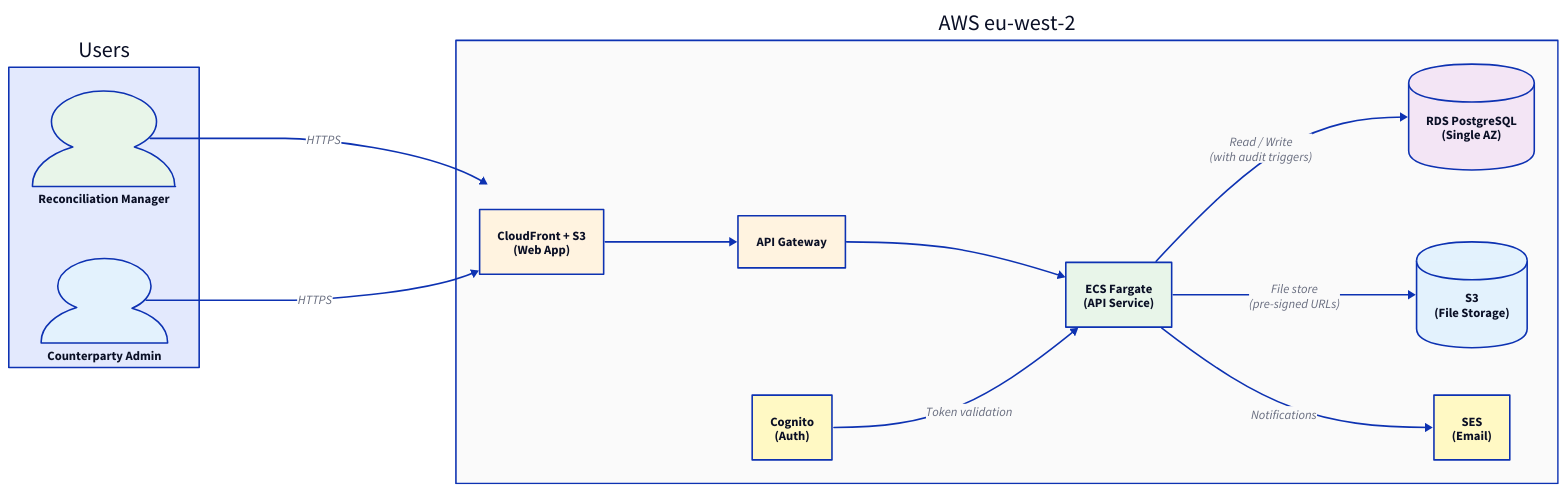
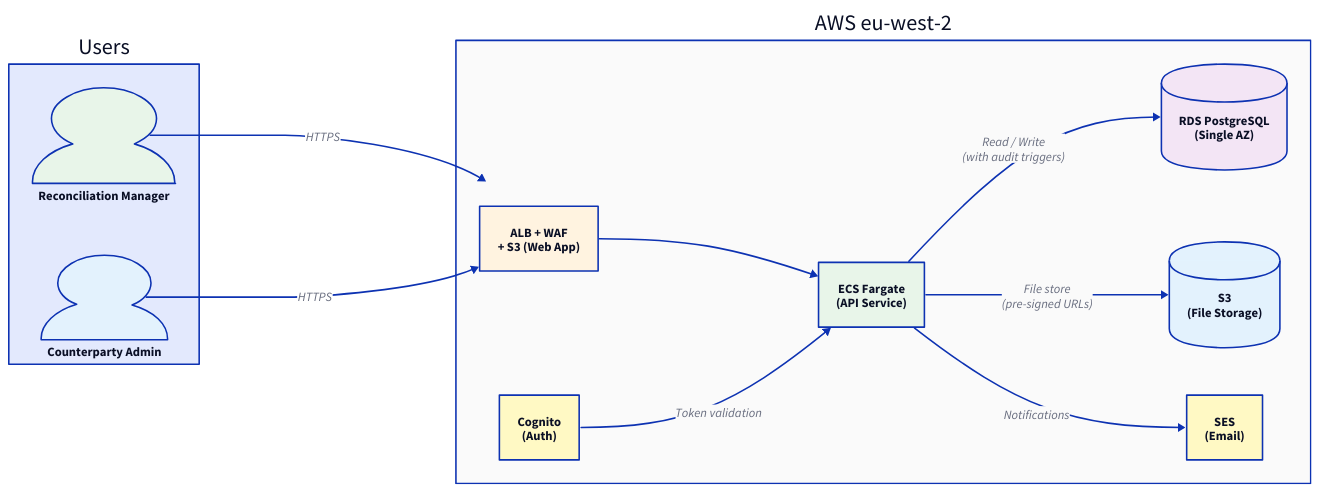
One commit to mosurekImagination/solution-architecture-case-studies changed the second of 8 diagrams in 03/docs/solution-design.adoc. Above: the diagram before and after it, drawn with D2. The commit also changed other lines of this file and 16 other files, not shown here.

```diff
--- a/03/docs/solution-design.adoc
+++ b/03/docs/solution-design.adoc
@@ -381,52 +381,48 @@
 [d2,case03-option1-arch,format=svg]
 ....
 direction: right
 
 users: Users {
   reinsurer: Reconciliation Manager {
     shape: person
     style.fill: "#E8F5E9"
   }
   counterparty: Counterparty Admin {
     shape: person
     style.fill: "#E3F2FD"
   }
 }
 
 aws: AWS eu-west-2 {
   style.fill: "#FAFAFA"
 
-  cf: CloudFront + S3\n(Web App) {
-    style.fill: "#FFF3E0"
-  }
-  apigw: API Gateway {
+  alb: ALB + WAF\n+ S3 (Web App) {
     style.fill: "#FFF3E0"
   }
   ecs: ECS Fargate\n(API Service) {
     style.fill: "#E8F5E9"
   }
   rds: RDS PostgreSQL\n(Single AZ) {
     shape: cylinder
     style.fill: "#F3E5F5"
   }
   s3: S3\n(File Storage) {
     shape: cylinder
     style.fill: "#E3F2FD"
   }
   ses: SES\n(Email) {
     style.fill: "#FFF9C4"
   }
   cognito: Cognito\n(Auth) {
     style.fill: "#FFF9C4"
   }
 }
 
-users.reinsurer -> aws.cf: HTTPS
-users.counterparty -> aws.cf: HTTPS
-aws.cf -> aws.apigw
-aws.apigw -> aws.ecs
+users.reinsurer -> aws.alb: HTTPS
+users.counterparty -> aws.alb: HTTPS
+aws.alb -> aws.ecs
 aws.ecs -> aws.rds: Read / Write\n(with audit triggers)
 aws.ecs -> aws.s3: File store\n(pre-signed URLs)
 aws.ecs -> aws.ses: Notifications
 aws.cognito -> aws.ecs: Token validation
 ....
```
